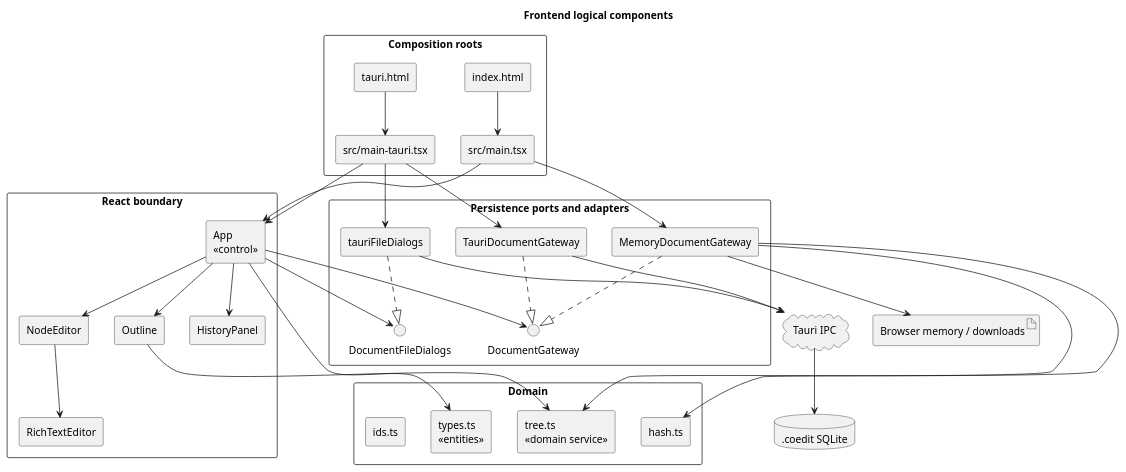
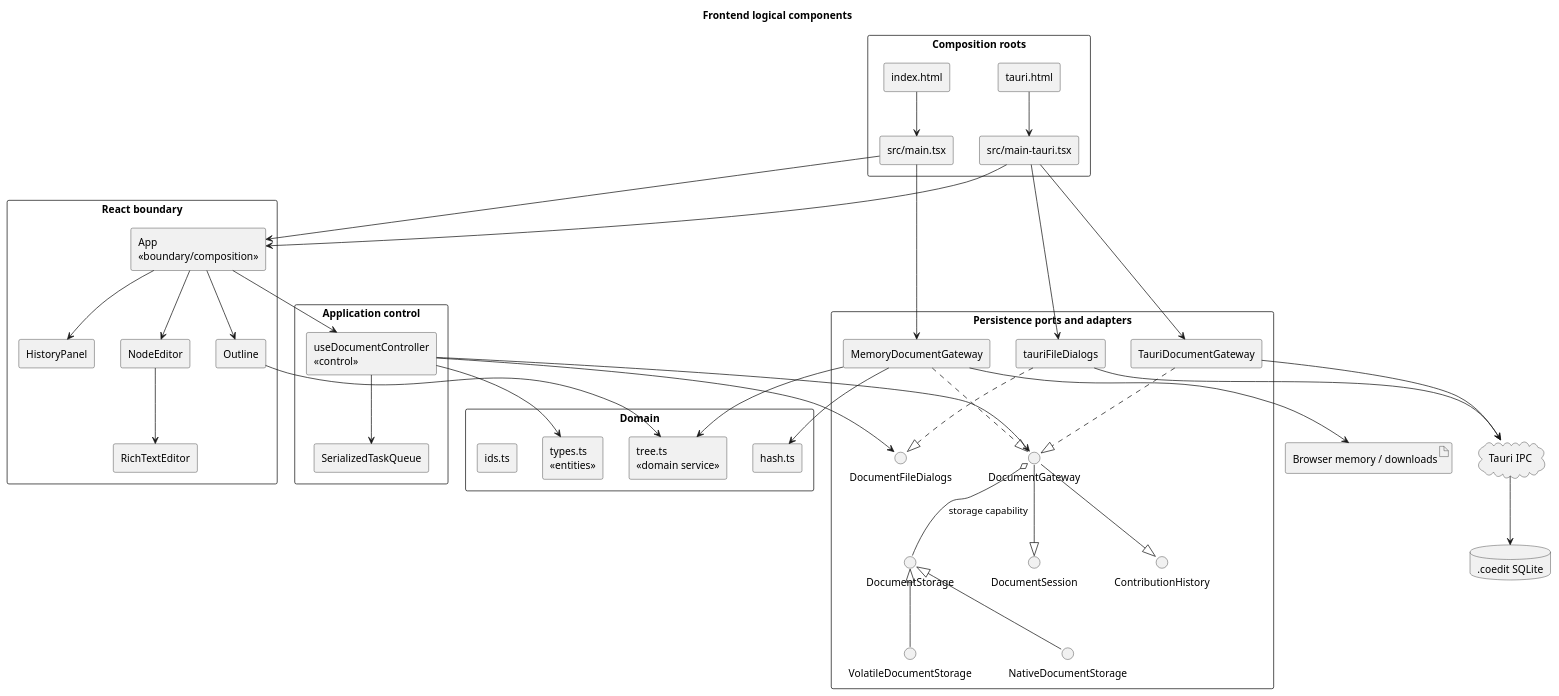
Before and after one commit to benoit-gl/coedit: the first of 2 diagrams in docs/FRONTEND_DESIGN.md, drawn with PlantUML. The commit also changed other lines of this file and 44 other files, not shown here.

Commit message:
Architectural update (cleanup)

```diff
--- a/docs/FRONTEND_DESIGN.md
+++ b/docs/FRONTEND_DESIGN.md
@@ -48,11 +48,16 @@
 }
 
 package "React boundary" {
-  [App\n<<control>>] as App
+  [App\n<<boundary/composition>>] as App
   [Outline] as Outline
   [NodeEditor] as NodeEditor
   [RichTextEditor] as RichTextEditor
   [HistoryPanel] as HistoryPanel
+}
+
+package "Application control" {
+  [useDocumentController\n<<control>>] as Controller
+  [SerializedTaskQueue] as Queue
 }
 
 package "Domain" {
@@ -64,6 +69,11 @@
 
 package "Persistence ports and adapters" {
   interface DocumentGateway
+  interface DocumentSession
+  interface ContributionHistory
+  interface DocumentStorage
+  interface VolatileDocumentStorage
+  interface NativeDocumentStorage
   interface DocumentFileDialogs
   [MemoryDocumentGateway] as Memory
   [TauriDocumentGateway] as TauriGateway
@@ -86,9 +96,16 @@
 App --> NodeEditor
 NodeEditor --> RichTextEditor
 App --> HistoryPanel
-App --> DocumentGateway
-App --> DocumentFileDialogs
-App --> Types
+App --> Controller
+Controller --> Queue
+Controller --> DocumentGateway
+Controller --> DocumentFileDialogs
+Controller --> Types
+DocumentGateway --|> DocumentSession
+DocumentGateway --|> ContributionHistory
+DocumentGateway o-- DocumentStorage : storage capability
+DocumentStorage <|-- VolatileDocumentStorage
+DocumentStorage <|-- NativeDocumentStorage
 Outline --> Tree
 Memory ..|> DocumentGateway
 Memory --> Tree
```
